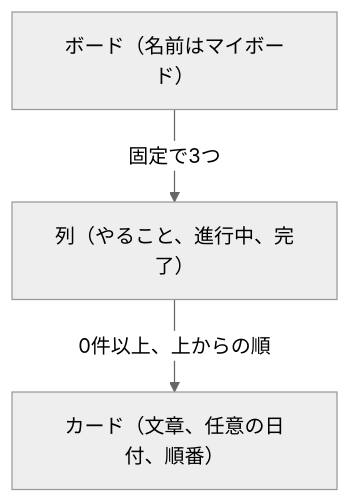
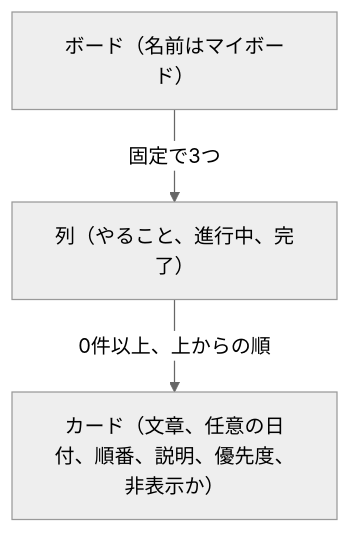
Before and after one commit to mako-19960920/TaskManagement: the first of 2 diagrams in docs/requirements.md, drawn with Mermaid (neutral theme). The commit also changed other lines of this file and 5 other files, not shown here.

````diff
--- a/docs/requirements.md
+++ b/docs/requirements.md
@@ -44,8 +45,8 @@
 ```mermaid
 flowchart TB
   board["ボード（名前はマイボード）"]
   column["列（やること、進行中、完了）"]
-  card["カード（文章、任意の日付、順番）"]
+  card["カード（文章、任意の日付、順番、説明、優先度、非表示か）"]
   board -->|"固定で3つ"| column
   column -->|"0件以上、上からの順"| card
 ```
````
